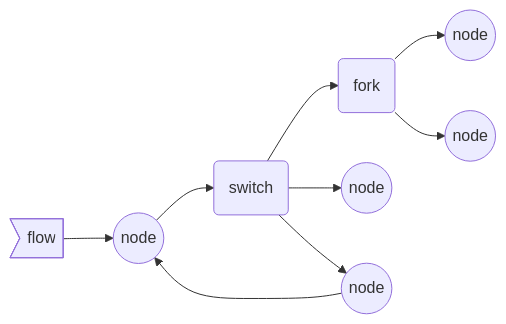
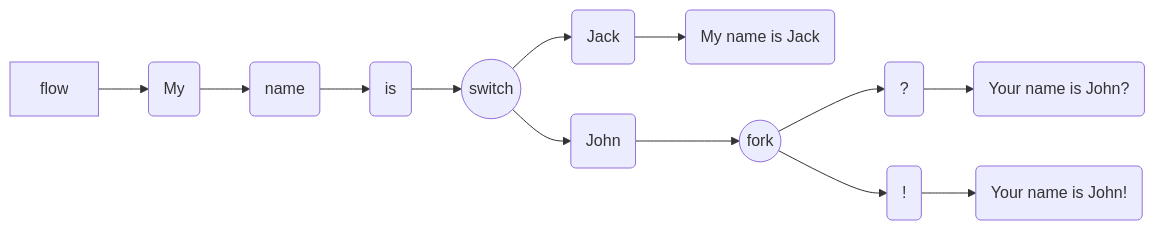
Before and after one commit to ThomasAUB/uflow: the diagram in README.md, drawn with Mermaid. The commit also changed 2 other files, not shown here.

Commit message:
implement graph printer

````diff
--- a/README.md
+++ b/README.md
@@ -11,16 +11,10 @@
 ```mermaid
 
 flowchart LR
-
-flow>flow] --> B((node)) --> C(switch)
-
-C --> f(fork)
-C --> sw2((node))
-C --> sw3((node))
-sw3 --> B
-
-f --> f1((node))
-f --> f2((node))
-
-
+ 
+flow --> My(My ) --> name(name ) --> is(is ) --> switch((switch))
+switch --> Jack(Jack) --> MynameisJack(My name is Jack)
+switch --> John(John) --> fork((fork))
+fork --> ?(?) --> YournameisJohn?(Your name is John?)
+fork --> !(!) --> YournameisJohn!(Your name is John!)
 ```
````
